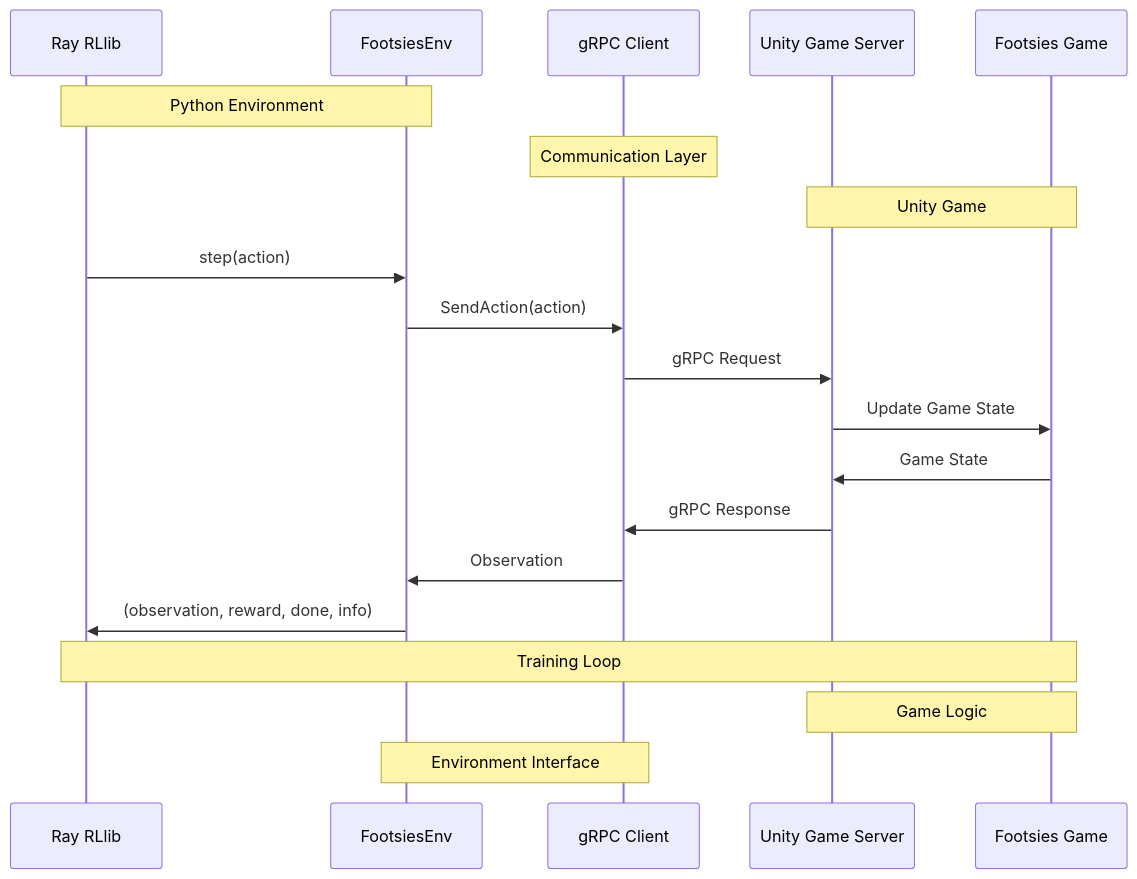
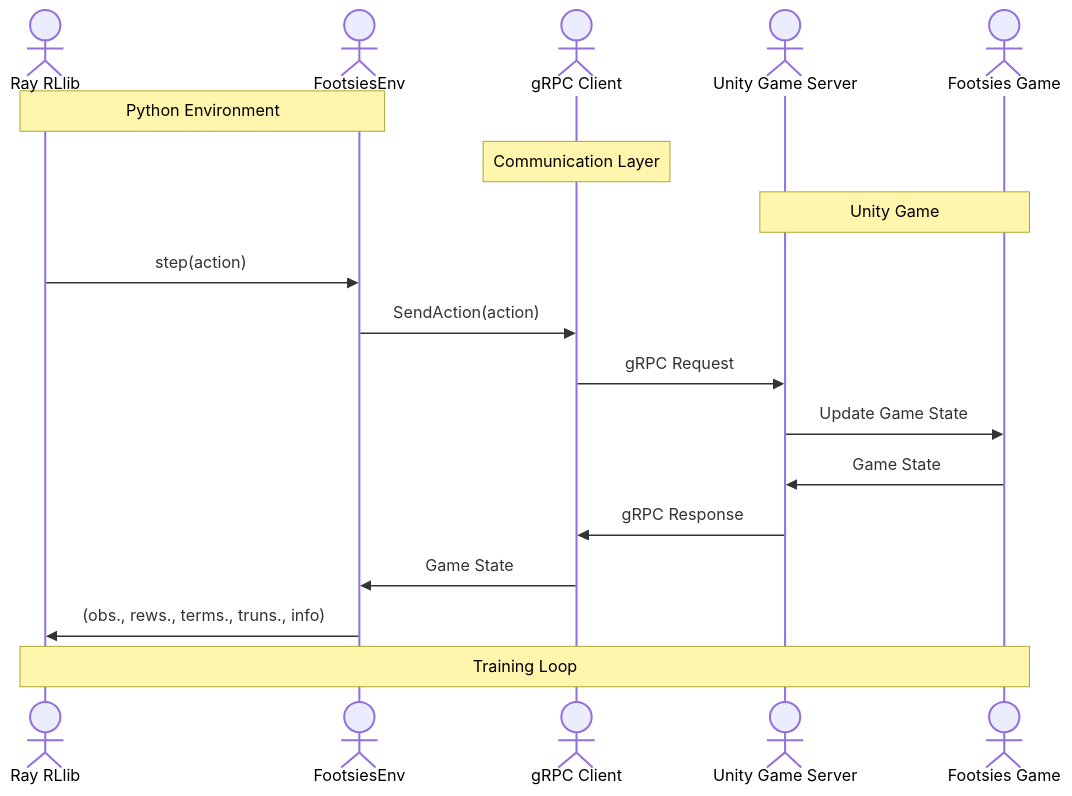
One commit to chasemcd/FootsiesGym changed the diagram in README.md. Above: the diagram before and after it, drawn with Mermaid.

Commit message:
update diagram

````diff
--- a/README.md
+++ b/README.md
@@ -10,27 +10,24 @@
 ```mermaid
 sequenceDiagram
-    participant RLlib as Ray RLlib
-    participant Env as FootsiesEnv
-    participant gRPC as gRPC Client
-    participant Server as Unity Game Server
-    participant Game as Footsies Game
+    actor RLlib as Ray RLlib
+    actor Env as FootsiesEnv
+    actor gRPC as gRPC Client
+    actor Server as Unity Game Server
+    actor Game as Footsies Game
 
     Note over RLlib,Env: Python Environment
     Note over gRPC: Communication Layer
     Note over Server,Game: Unity Game
 
     RLlib->>Env: step(action)
     Env->>gRPC: SendAction(action)
     gRPC->>Server: gRPC Request
     Server->>Game: Update Game State
     Game->>Server: Game State
     Server->>gRPC: gRPC Response
-    gRPC->>Env: Observation
-    Env->>RLlib: (observation, reward, done, info)
+    gRPC->>Env: Game State
+    Env->>RLlib: (obs., rews., terms., truns., info)
 
     Note over RLlib,Game: Training Loop
-    Note over Server,Game: Game Logic
-    Note over Env,gRPC: Environment Interface
-
 
 ```
````
